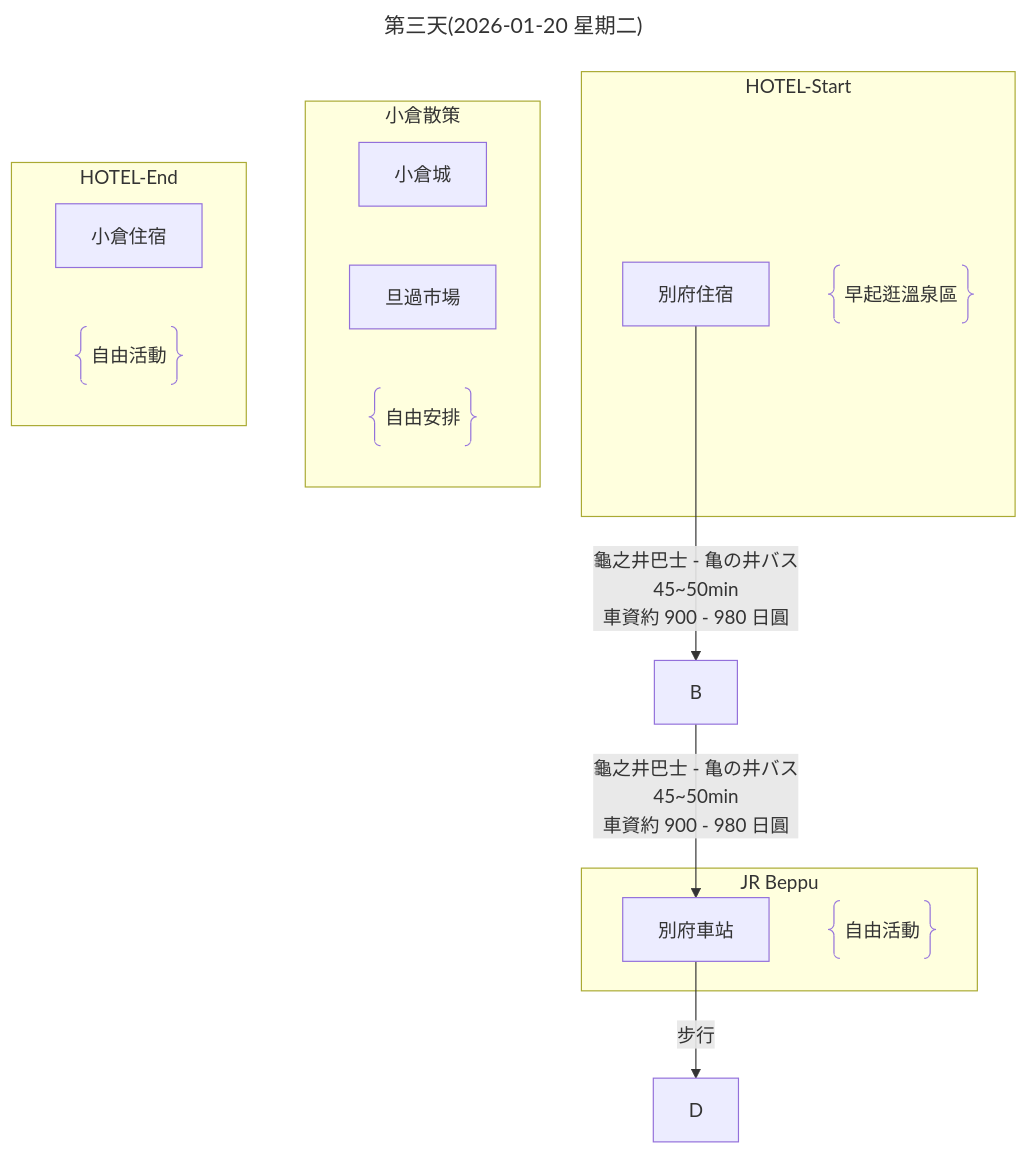
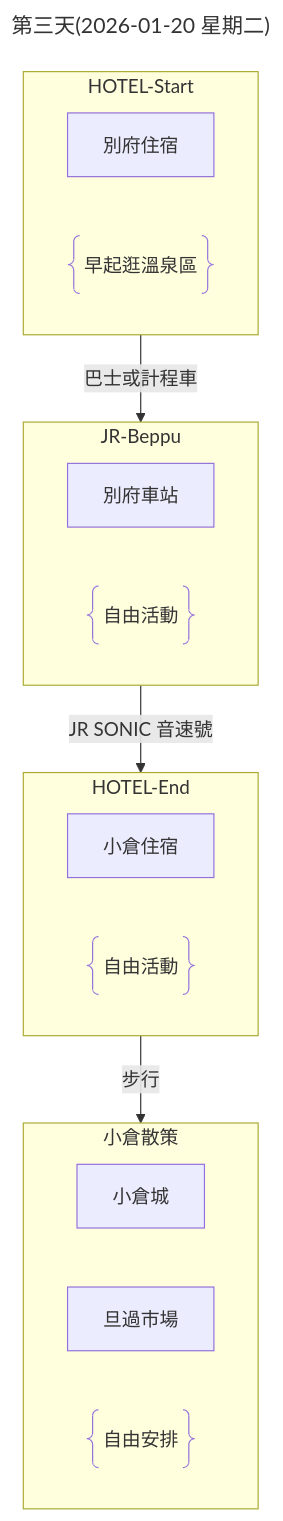
One commit to Shuming-Yang/2026-January-Trip changed the third of 6 diagrams in 行程規劃A.md. Above: the diagram before and after it, drawn with Mermaid.

````diff
--- a/行程規劃A.md
+++ b/行程規劃A.md
@@ -130,26 +130,26 @@
 ```mermaid
 ---
 title: 第三天(2026-01-20 星期二)
 ---
 flowchart
     subgraph HOTEL-Start
         A[別府住宿]
         A1@{ shape: braces, label: "早起逛溫泉區" }
     end
-    subgraph JR Beppu
+    subgraph JR-Beppu
         C[別府車站]
         C1@{ shape: braces, label: "自由活動" }
     end
     subgraph 小倉散策
         D1[小倉城]
         D2[旦過市場]
         DD@{ shape: braces, label: "自由安排" }
     end
     subgraph HOTEL-End
         E[小倉住宿]
         E1@{ shape: braces, label: "自由活動" }
     end
-    A --> |龜之井巴士 - 亀の井バス<br>45~50min<br>車資約 900 - 980 日圓| B
-    B --> |龜之井巴士 - 亀の井バス<br>45~50min<br>車資約 900 - 980 日圓| C
-    C --> |步行| D
+    HOTEL-Start --> |巴士或計程車| JR-Beppu
+    JR-Beppu --> |JR SONIC 音速號| HOTEL-End
+    HOTEL-End --> |步行| 小倉散策
 ```
````
